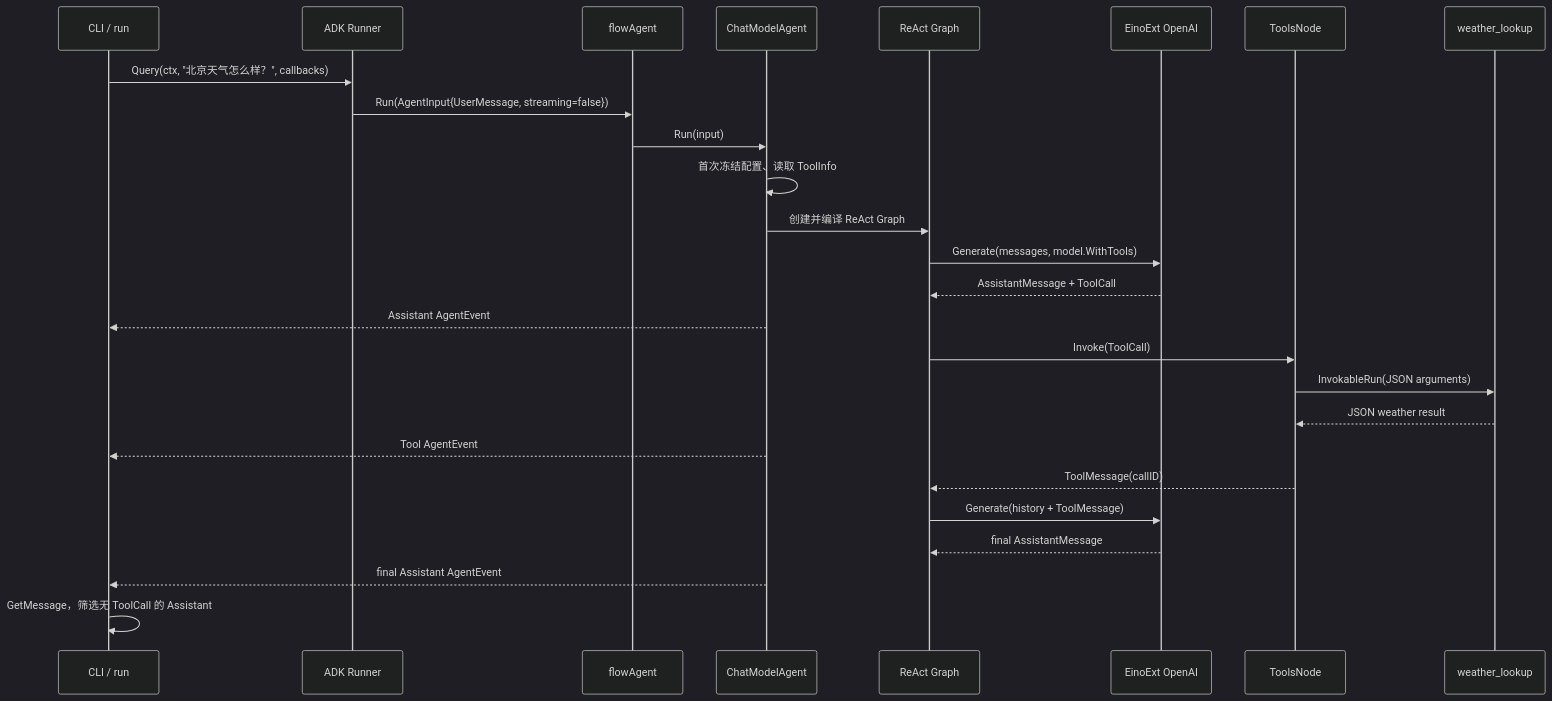
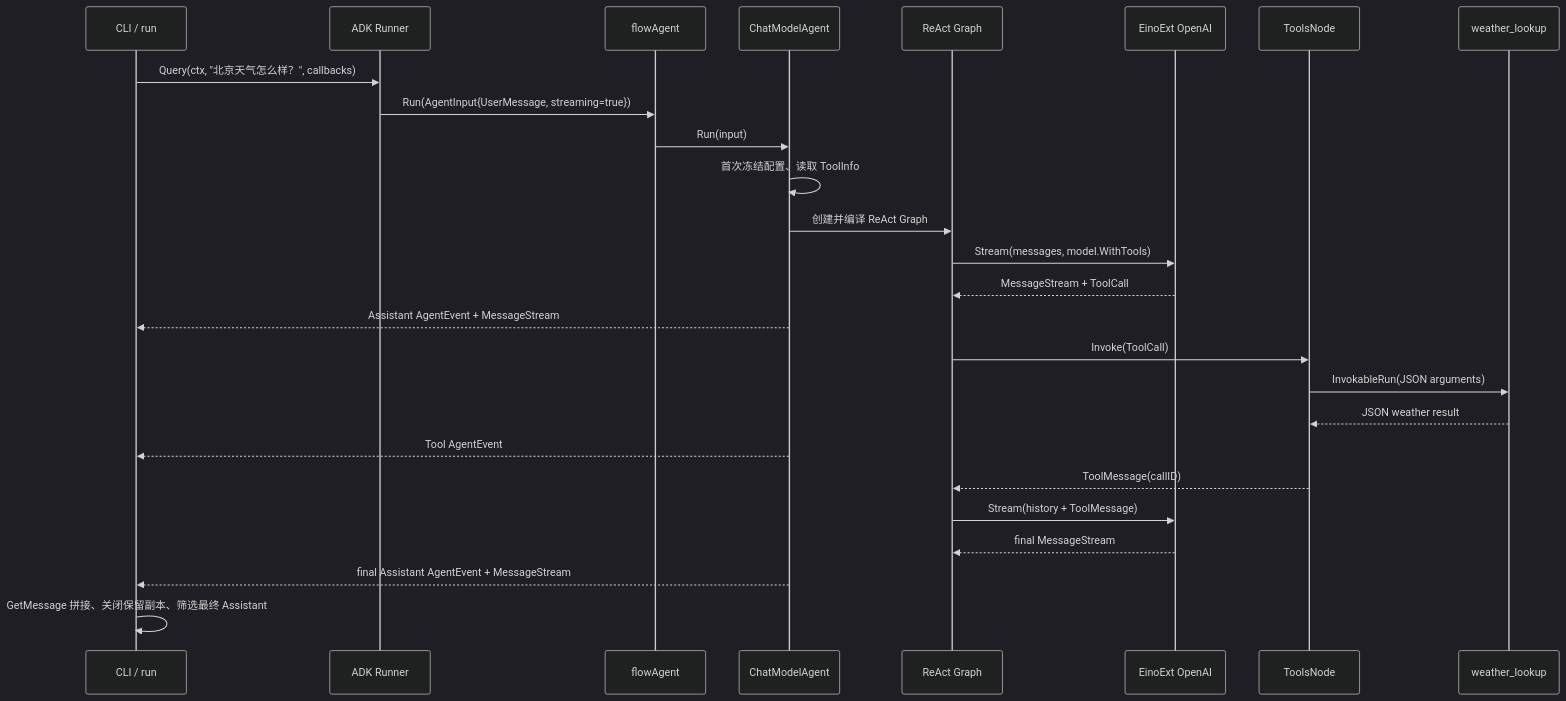
One commit to wo4zhuzi/eino-lab changed the diagram in docs/learning/eino/runtime-path.md. Above: the diagram before and after it, drawn with Mermaid (dark theme). The commit also changed other lines of this file and 10 other files, not shown here.

````diff
--- a/docs/learning/eino/runtime-path.md
+++ b/docs/learning/eino/runtime-path.md
@@ -15,29 +15,29 @@
 ```mermaid
 sequenceDiagram
     participant CLI as CLI / run
     participant Runner as ADK Runner
     participant Flow as flowAgent
     participant Agent as ChatModelAgent
     participant Graph as ReAct Graph
     participant Model as EinoExt OpenAI
     participant Tools as ToolsNode
     participant Tool as weather_lookup
 
     CLI->>Runner: Query(ctx, "北京天气怎么样？", callbacks)
-    Runner->>Flow: Run(AgentInput{UserMessage, streaming=false})
+    Runner->>Flow: Run(AgentInput{UserMessage, streaming=true})
     Flow->>Agent: Run(input)
     Agent->>Agent: 首次冻结配置、读取 ToolInfo
     Agent->>Graph: 创建并编译 ReAct Graph
-    Graph->>Model: Generate(messages, model.WithTools)
-    Model-->>Graph: AssistantMessage + ToolCall
-    Agent-->>CLI: Assistant AgentEvent
+    Graph->>Model: Stream(messages, model.WithTools)
+    Model-->>Graph: MessageStream + ToolCall
+    Agent-->>CLI: Assistant AgentEvent + MessageStream
     Graph->>Tools: Invoke(ToolCall)
     Tools->>Tool: InvokableRun(JSON arguments)
     Tool-->>Tools: JSON weather result
     Agent-->>CLI: Tool AgentEvent
     Tools-->>Graph: ToolMessage(callID)
-    Graph->>Model: Generate(history + ToolMessage)
-    Model-->>Graph: final AssistantMessage
-    Agent-->>CLI: final Assistant AgentEvent
-    CLI->>CLI: GetMessage，筛选无 ToolCall 的 Assistant
+    Graph->>Model: Stream(history + ToolMessage)
+    Model-->>Graph: final MessageStream
+    Agent-->>CLI: final Assistant AgentEvent + MessageStream
+    CLI->>CLI: GetMessage 拼接、关闭保留副本、筛选最终 Assistant
 ```
````
